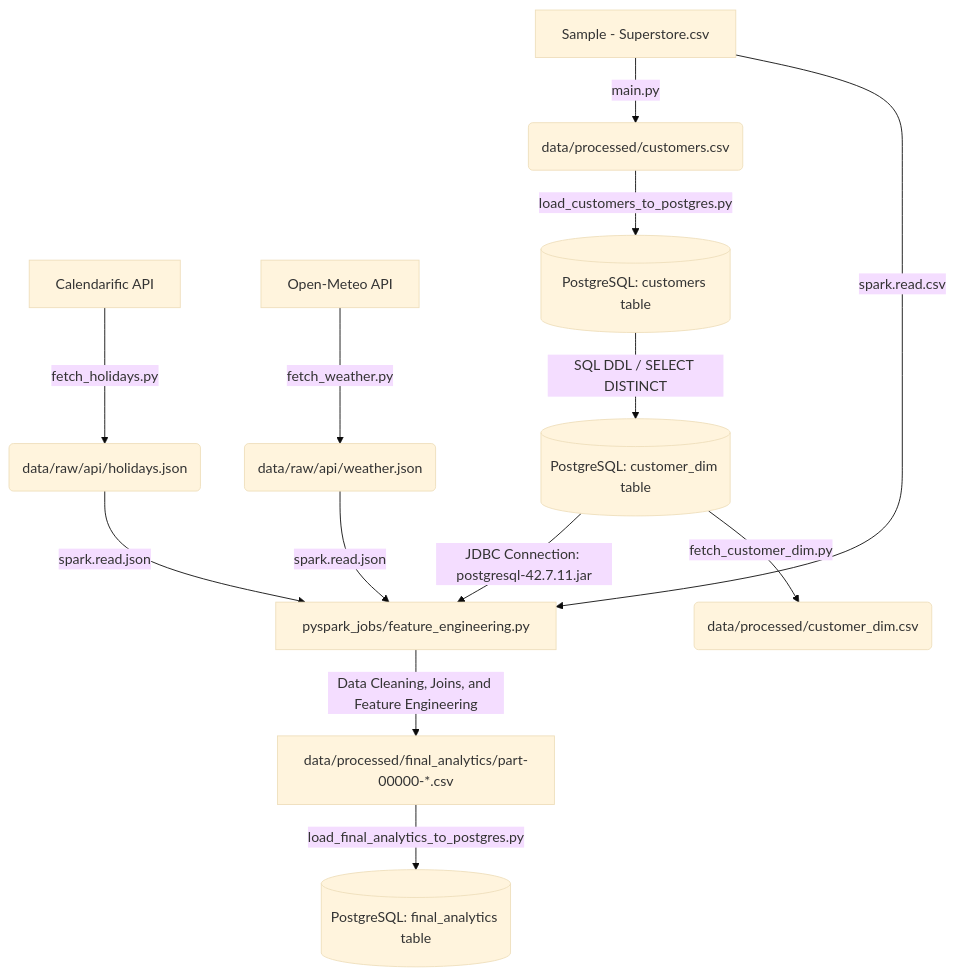
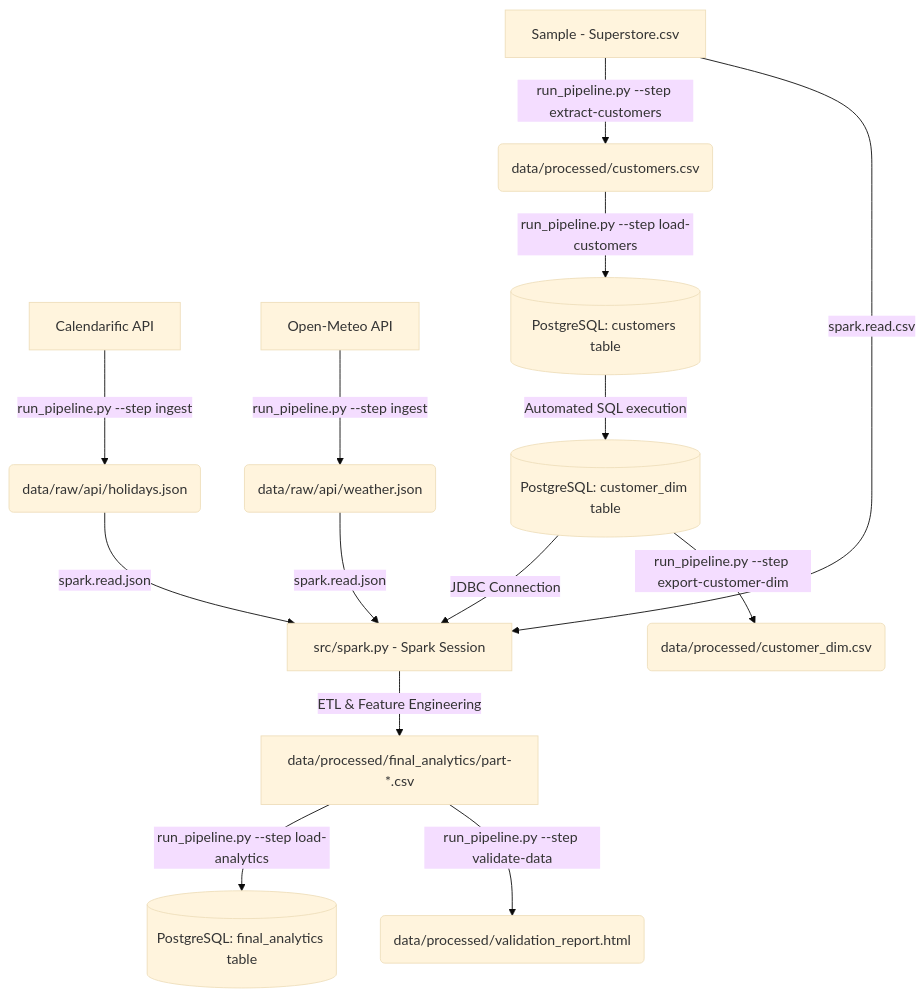
One commit to prakash14789/weather-sales-analytics-pipeline changed the diagram in README.md. Above: the diagram before and after it, drawn with Mermaid (base theme). The commit also changed other lines of this file, not shown here.

Commit message:
docs: restructure and update README.md with detailed instructions and diagrams

````diff
--- a/README.md
+++ b/README.md
@@ -28,22 +22,23 @@
 ```mermaid
 graph TD
     %% Source Ingestion
-    API[Calendarific API] -->|fetch_holidays.py| RawJSON(data/raw/api/holidays.json)
-    WeatherAPI[Open-Meteo API] -->|fetch_weather.py| RawWeatherJSON(data/raw/api/weather.json)
-    RawCSV[Sample - Superstore.csv] -->|main.py| ProcessedCust(data/processed/customers.csv)
+    API[Calendarific API] -->|run_pipeline.py --step ingest| RawJSON(data/raw/api/holidays.json)
+    WeatherAPI[Open-Meteo API] -->|run_pipeline.py --step ingest| RawWeatherJSON(data/raw/api/weather.json)
+    RawCSV[Sample - Superstore.csv] -->|run_pipeline.py --step extract-customers| ProcessedCust(data/processed/customers.csv)
     
     %% Database Loading
-    ProcessedCust -->|load_customers_to_postgres.py| PostgresCust[(PostgreSQL: customers table)]
-    PostgresCust -->|SQL DDL / SELECT DISTINCT| PostgresDim[(PostgreSQL: customer_dim table)]
+    ProcessedCust -->|run_pipeline.py --step load-customers| PostgresCust[(PostgreSQL: customers table)]
+    PostgresCust -->|Automated SQL execution| PostgresDim[(PostgreSQL: customer_dim table)]
 
     %% PySpark ETL Job
-    RawCSV -->|spark.read.csv| SparkETL[pyspark_jobs/feature_engineering.py]
-    PostgresDim -->|JDBC Connection: postgresql-42.7.11.jar| SparkETL
+    RawCSV -->|spark.read.csv| SparkETL[src/spark.py - Spark Session]
+    PostgresDim -->|JDBC Connection| SparkETL
     RawJSON -->|spark.read.json| SparkETL
     RawWeatherJSON -->|spark.read.json| SparkETL
 
-    %% Output Generation
-    SparkETL -->|Data Cleaning, Joins, and Feature Engineering| OutCSV[data/processed/final_analytics/part-00000-*.csv]
-    PostgresDim -->|fetch_customer_dim.py| ProcDimCSV(data/processed/customer_dim.csv)
-    OutCSV -->|load_final_analytics_to_postgres.py| PostgresFinal[(PostgreSQL: final_analytics table)]
+    %% Output Generation & Validation
+    SparkETL -->|ETL & Feature Engineering| OutCSV[data/processed/final_analytics/part-*.csv]
+    OutCSV -->|run_pipeline.py --step load-analytics| PostgresFinal[(PostgreSQL: final_analytics table)]
+    OutCSV -->|run_pipeline.py --step validate-data| ReportHTML(data/processed/validation_report.html)
+    PostgresDim -->|run_pipeline.py --step export-customer-dim| ProcDimCSV(data/processed/customer_dim.csv)
 ```
````
